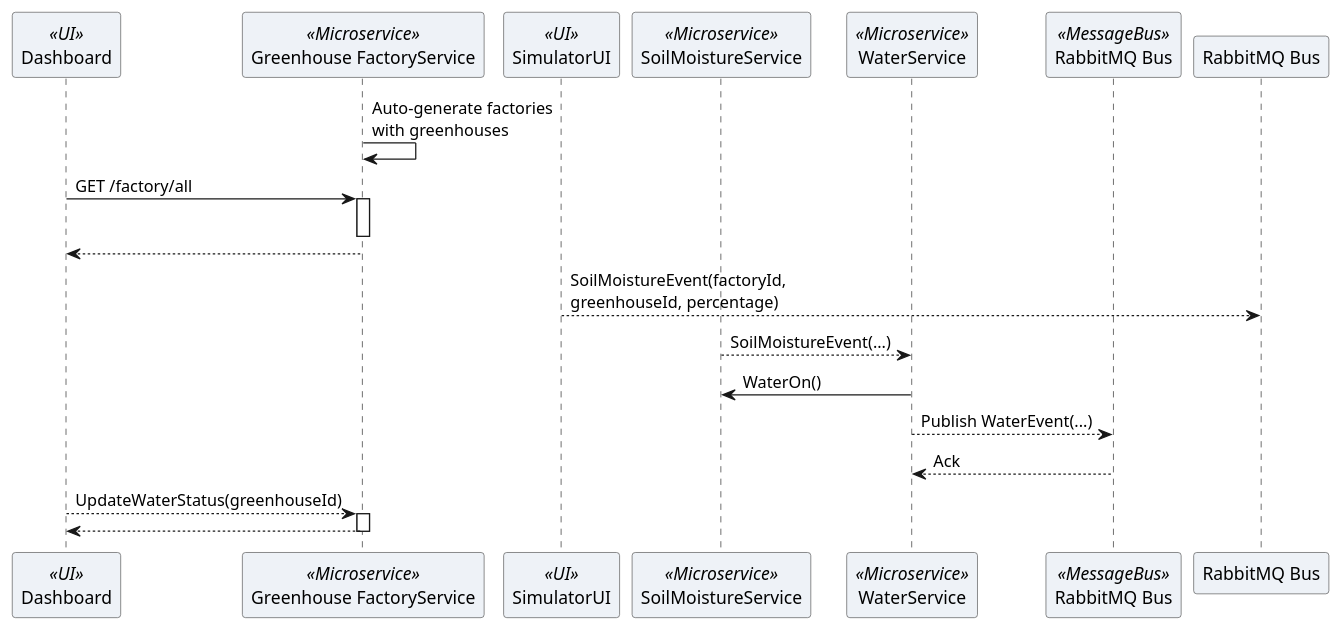
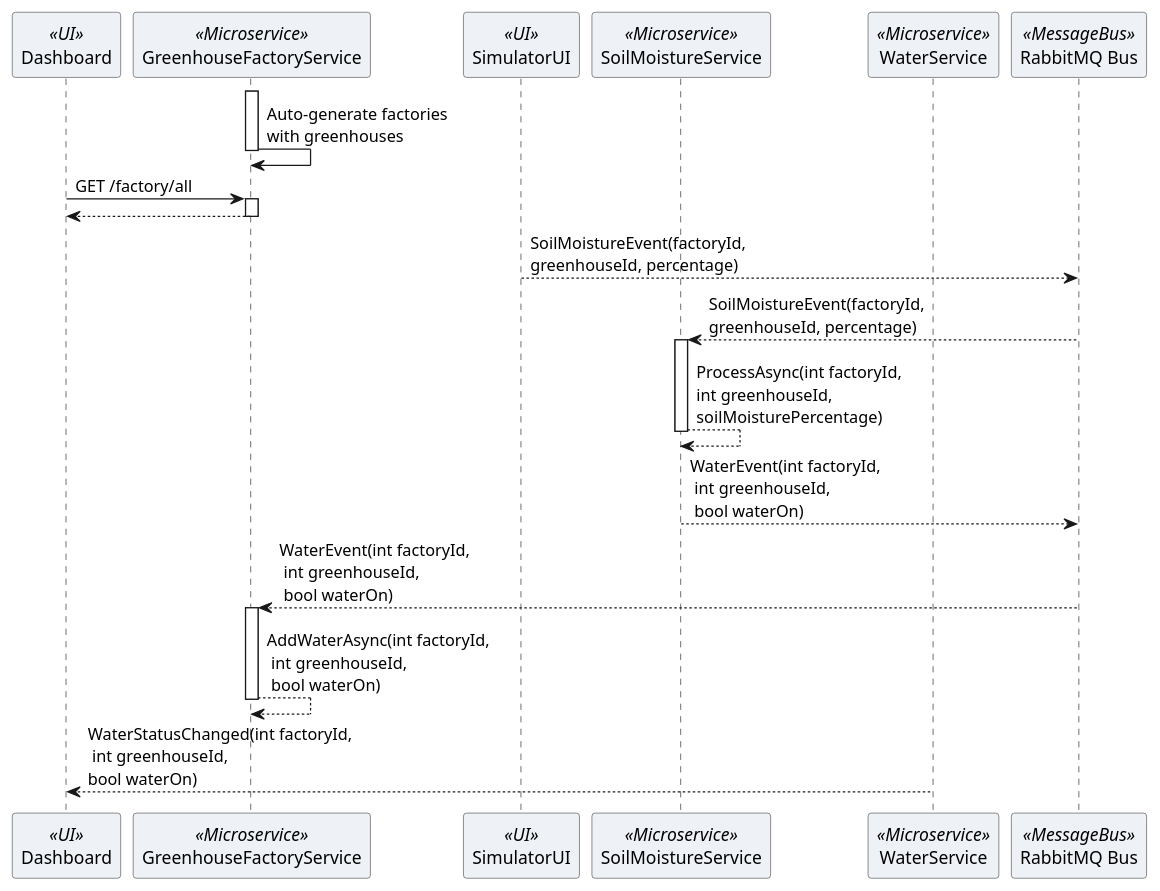
Before and after one commit to jhmichelsen/software_architecture_project: the diagram in Documentation/SequenceDiagram.puml, drawn with PlantUML.

Commit message:
Update sequence diagram

```diff
--- a/Documentation/SequenceDiagram.puml
+++ b/Documentation/SequenceDiagram.puml
@@ -1,44 +1,44 @@
 @startuml
 skinparam sequence {
     ParticipantBackgroundColor #eef2f7
     ParticipantBorderColor #4a4a4a
     ActorBorderColor #4a4a4a
     ActorBackgroundColor #eef2f7
 }
 
 participant Dashboard <<UI>>
-participant "Greenhouse FactoryService" as FactoryService <<Microservice>>
+participant "GreenhouseFactoryService" as FactoryService <<Microservice>>
 participant SimulatorUI <<UI>>
 participant SoilMoistureService <<Microservice>>
 participant WaterService <<Microservice>>
 participant "RabbitMQ Bus" as MessageBus <<MessageBus>>
 
 ' --- Init factories ---
+activate FactoryService
 FactoryService -> FactoryService: Auto-generate factories\nwith greenhouses
+deactivate FactoryService
 
 Dashboard -> FactoryService: GET /factory/all
 
 activate FactoryService
-deactivate FactoryService
-
 FactoryService --> Dashboard
 deactivate FactoryService
 
+SimulatorUI --> MessageBus: SoilMoistureEvent(factoryId,\ngreenhouseId, percentage)
+MessageBus --> SoilMoistureService: SoilMoistureEvent(factoryId,\ngreenhouseId, percentage)
 
-' --- Moisture events ---
-SimulatorUI --> "RabbitMQ Bus": SoilMoistureEvent(factoryId,\ngreenhouseId, percentage)
-SoilMoistureService --> WaterService: SoilMoistureEvent(...)
-WaterService -> SoilMoistureService: WaterOn()
+activate SoilMoistureService
+SoilMoistureService --> SoilMoistureService: ProcessAsync(int factoryId, \nint greenhouseId, \nsoilMoisturePercentage)
+deactivate SoilMoistureService
 
-' --- Publish water event ---
-WaterService --> MessageBus: Publish WaterEvent(...)
-MessageBus --> WaterService: Ack
+SoilMoistureService --> MessageBus: WaterEvent(int factoryId, \n int greenhouseId,\n bool waterOn)
 
+MessageBus --> FactoryService: WaterEvent(int factoryId,\n int greenhouseId,\n bool waterOn)
 
-' --- Update water status ---
-Dashboard --> FactoryService: UpdateWaterStatus(greenhouseId)
 activate FactoryService
-FactoryService --> Dashboard
+FactoryService --> FactoryService: AddWaterAsync(int factoryId, \n int greenhouseId, \n bool waterOn)
 deactivate FactoryService
 
+WaterService --> Dashboard: WaterStatusChanged(int factoryId,\n int greenhouseId,\nbool waterOn)
+
 @enduml
```
